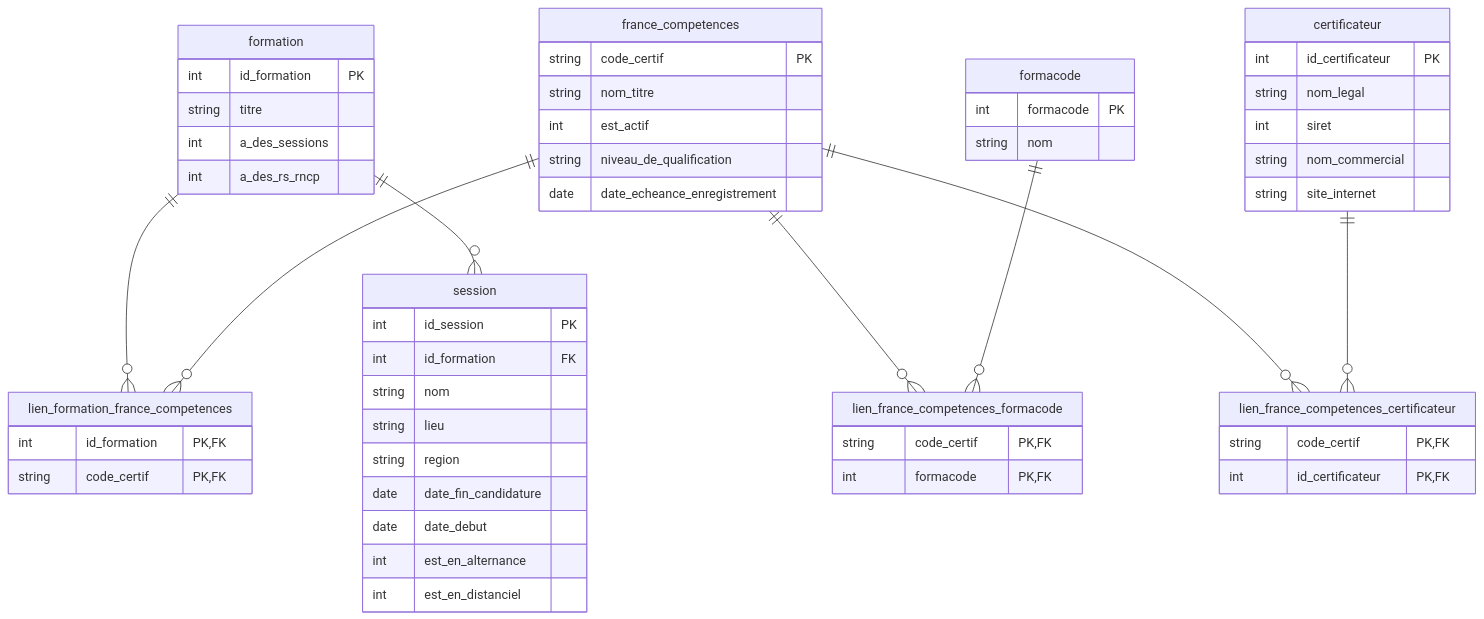
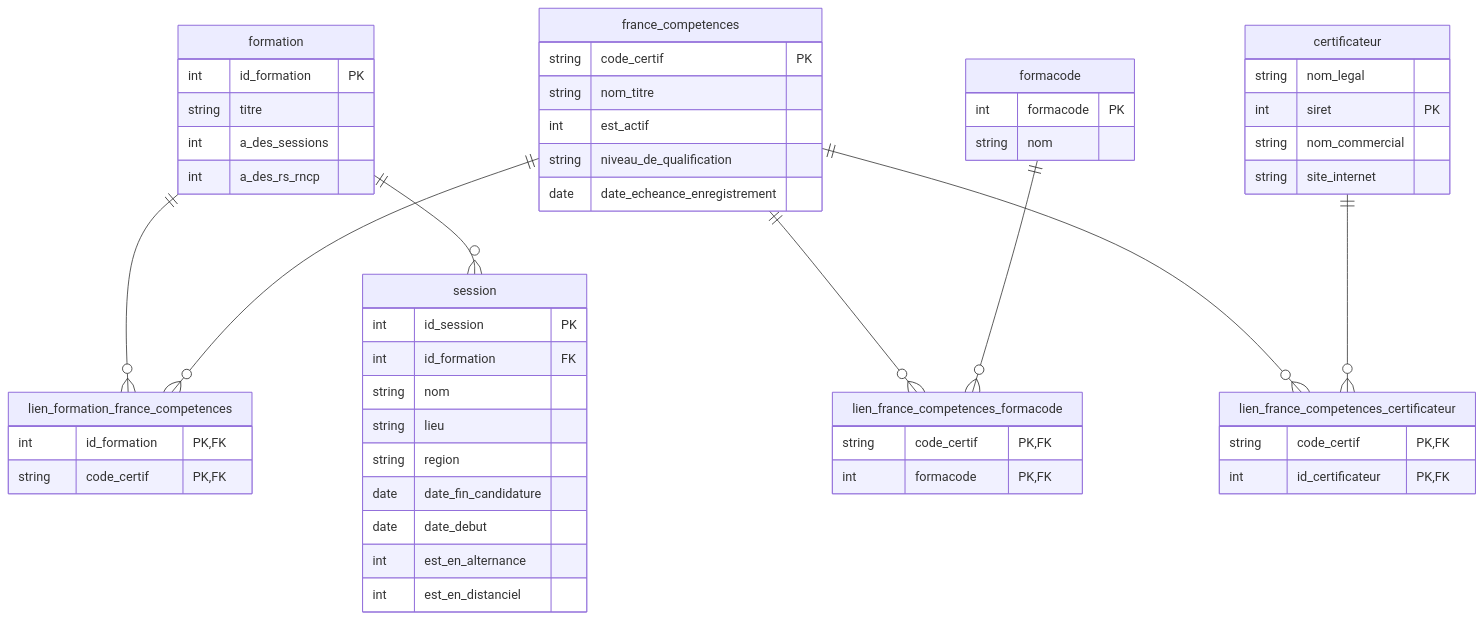
Before and after one commit to StevenDelval/Scraping_formations: the diagram in schema.md, drawn with Mermaid.

Commit message:
Change PK in table certificateur

````diff
--- a/schema.md
+++ b/schema.md
@@ -1,70 +1,69 @@
 ```mermaid
 erDiagram
     formation {
         int id_formation PK
         string titre 
         int a_des_sessions
         int a_des_rs_rncp
        
     }
 
     france_competences {
         string code_certif PK
         string nom_titre
         int est_actif
         string niveau_de_qualification
         date date_echeance_enregistrement
     }
     
     lien_formation_france_competences {
         int id_formation PK,FK
         string code_certif PK,FK
     }
 
     formacode{
         int formacode PK
         string nom
     }
 
     lien_france_competences_formacode {
         string code_certif PK,FK
         int formacode PK,FK
     }
 
     certificateur{
-        int id_certificateur PK
         string nom_legal
-        int siret
+        int siret PK
         string nom_commercial
         string site_internet 
     }
 
     lien_france_competences_certificateur{
         string code_certif PK,FK
         int id_certificateur PK,FK
     }
 
     session{
         int id_session PK
         int id_formation FK
         string nom
         string lieu
         string region
         date date_fin_candidature
         date date_debut
         int est_en_alternance
         int est_en_distanciel
     }
 
     formation ||--o{ lien_formation_france_competences : ""
     france_competences ||--o{ lien_formation_france_competences : ""
     
     france_competences ||--o{ lien_france_competences_formacode : ""
     formacode ||--o{ lien_france_competences_formacode : ""
     
     france_competences ||--o{ lien_france_competences_certificateur : ""
     certificateur ||--o{ lien_france_competences_certificateur : ""
 
     formation ||--o{ session : ""
     
 ```
````
